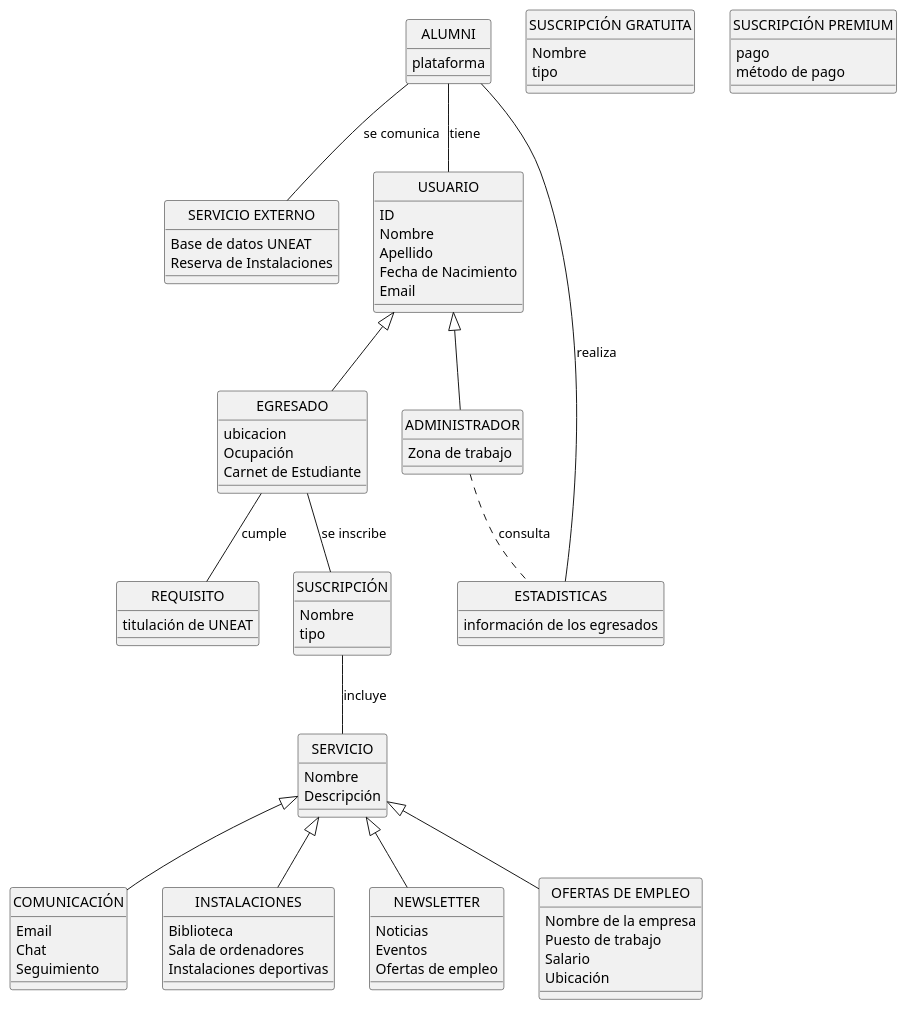
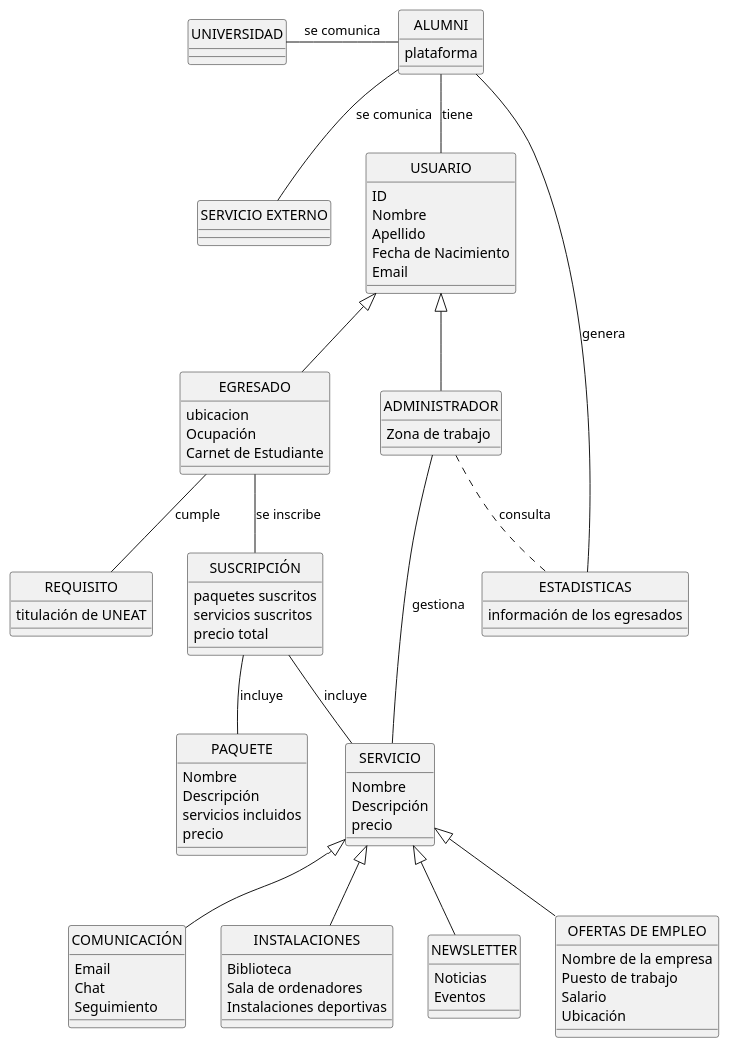
One commit to mmasias/23-24-IdSw1-SDR changed the diagram in Modelos_de_Dominio/Modelos_Finales/Segunda_Iteración/Modelo_de_Dominio.puml. Above: the diagram before and after it, drawn with PlantUML.

Commit message:
Segundo modelo de dominio

```diff
--- a/Modelos_de_Dominio/Modelos_Finales/Segunda_Iteración/Modelo_de_Dominio.puml
+++ b/Modelos_de_Dominio/Modelos_Finales/Segunda_Iteración/Modelo_de_Dominio.puml
@@ -1,107 +1,116 @@
 @startuml AlumniModel
 
 '!theme amiga
 skinparam backgroundColor transparent
 skinparam defaultFontName Arial
 hide circle
 
 class ALUMNI 
 {
    plataforma
 }
 
-class "SERVICIO EXTERNO" {
-    Base de datos UNEAT
-    Reserva de Instalaciones
-}
+class "SERVICIO EXTERNO" {}
+
+class UNIVERSIDAD {}
 
 class USUARIO 
 {
     ID
     Nombre 
     Apellido
     Fecha de Nacimiento
     Email
 }
 
 class EGRESADO 
 {
     ubicacion
     Ocupación
     Carnet de Estudiante
 }
 
 class ADMINISTRADOR 
 {
     Zona de trabajo
 }
 
-class REQUISITO {
+class REQUISITO 
+{
     titulación de UNEAT
 }
 
-class ESTADISTICAS {
+class ESTADISTICAS 
+{
     información de los egresados
 }
 
-class SUSCRIPCIÓN {
-    Nombre 
-    tipo
+class SUSCRIPCIÓN 
+{
+    paquetes suscritos
+    servicios suscritos
+    precio total
 }
 
-class "SUSCRIPCIÓN GRATUITA" {
-    Nombre 
-    tipo
+class PAQUETE
+{
+    Nombre
+    Descripción
+    servicios incluidos
+    precio
 }
 
-class "SUSCRIPCIÓN PREMIUM" {
-    pago
-    método de pago
+class SERVICIO 
+{
+    Nombre 
+    Descripción
+    precio
 }
 
-class SERVICIO {
-    Nombre 
-    Descripción 
-}
-
-class COMUNICACIÓN {
+class COMUNICACIÓN 
+{
     Email
     Chat
     Seguimiento
 }
 
-class INSTALACIONES {
+class INSTALACIONES 
+{
     Biblioteca
     Sala de ordenadores
     Instalaciones deportivas
 }
 
-class NEWSLETTER {
+class NEWSLETTER 
+{
     Noticias
     Eventos
-    Ofertas de empleo
 }
 
-class "OFERTAS DE EMPLEO" {
+class "OFERTAS DE EMPLEO" 
+{
     Nombre de la empresa
     Puesto de trabajo
     Salario
     Ubicación
 }
 
 ALUMNI -- USUARIO : tiene
 EGRESADO -- SUSCRIPCIÓN : se inscribe
 ALUMNI -- "SERVICIO EXTERNO" : se comunica
 SUSCRIPCIÓN -- SERVICIO : incluye
 EGRESADO -- REQUISITO : cumple
-ALUMNI -- ESTADISTICAS : realiza
+ALUMNI -- ESTADISTICAS : genera
 ADMINISTRADOR .. ESTADISTICAS : consulta
+SUSCRIPCIÓN -- PAQUETE : incluye
 USUARIO <|-- EGRESADO
 USUARIO <|-- ADMINISTRADOR
+UNIVERSIDAD -right- ALUMNI : se comunica
+ADMINISTRADOR -- SERVICIO : gestiona
 
 SERVICIO <|-- "COMUNICACIÓN"
 SERVICIO <|-- "INSTALACIONES"
 SERVICIO <|-- "NEWSLETTER"
 SERVICIO <|-- "OFERTAS DE EMPLEO"
 
 @enduml
```
